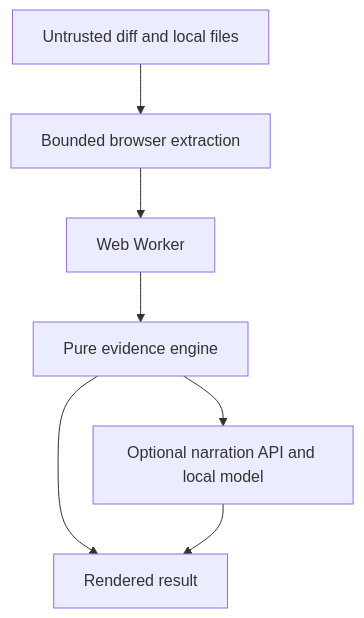
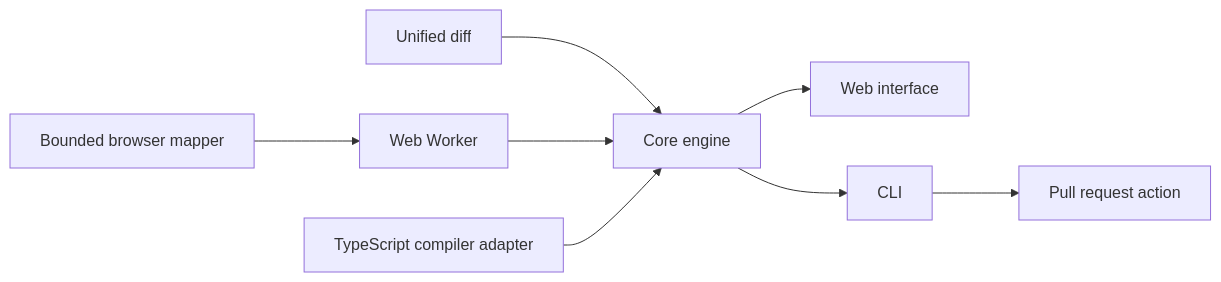
The diagram in docs/architecture.md (AyaanAKhan/blastradius), drawn with Mermaid before and after one commit. The commit also changed other lines of this file and 21 other files, not shown here.

````diff
--- a/docs/architecture.md
+++ b/docs/architecture.md
@@ -39,16 +5,9 @@
 ```mermaid
-flowchart TB
-  U[Untrusted diff and local files]
-  B[Bounded browser extraction]
-  V[Web Worker]
-  E[Pure evidence engine]
-  R[Rendered result]
-  M[Optional narration API and local model]
-
-  U --> B
-  B --> V
-  V --> E
-  E --> R
-  E --> M
-  M --> R
+flowchart LR
+  D[Unified diff] --> C[Core engine]
+  B[Bounded browser mapper] --> W[Web Worker] --> C
+  T[TypeScript compiler adapter] --> C
+  C --> U[Web interface]
+  C --> L[CLI]
+  L --> A[Pull request action]
 ```
````
